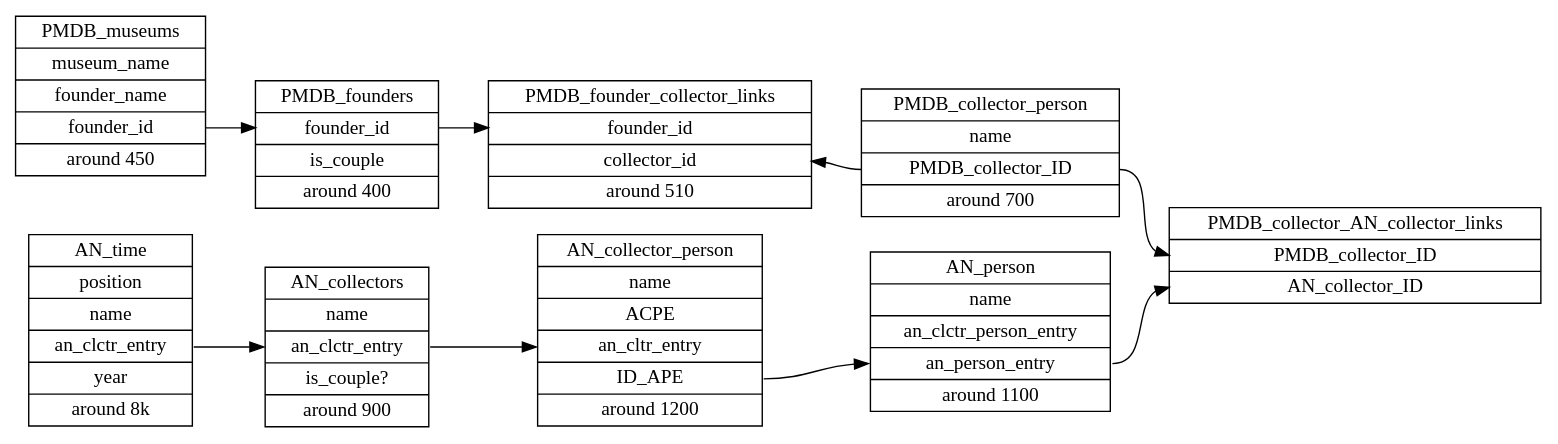
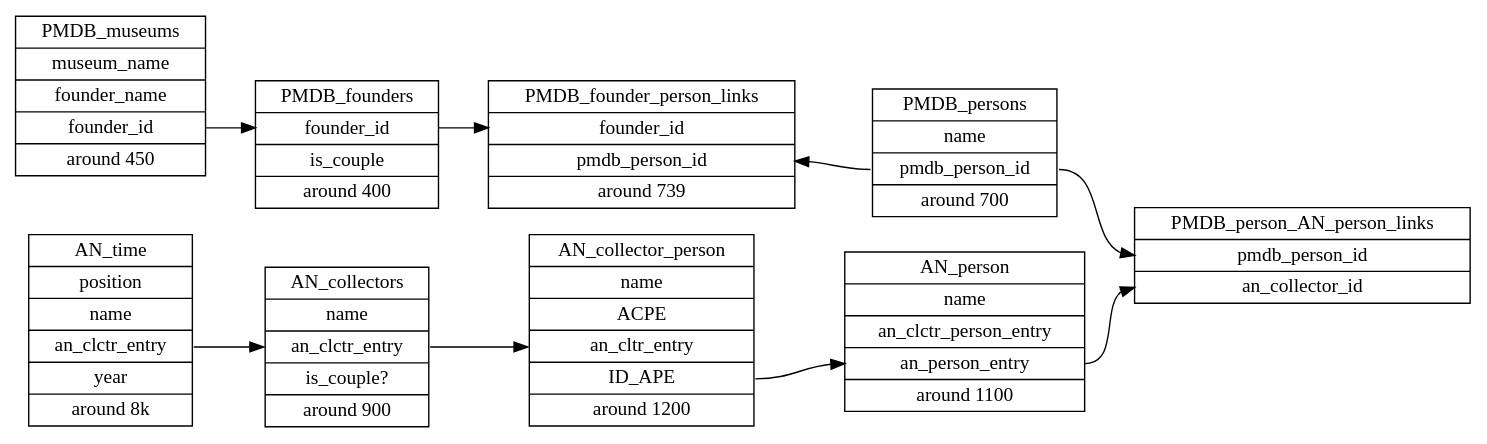
One commit to swhalemwo/pmdata changed the third of 3 diagrams in doc/doc_pmdata.org. Above: the diagram before and after it, drawn with Graphviz. The commit also changed other lines of this file and 3 other files, not shown here.

Commit message:
add gd_pmdb_person, update flowchart names/labels

```diff
--- a/doc/doc_pmdata.org
+++ b/doc/doc_pmdata.org
@@ -115,69 +135,69 @@
 #+begin_src dot :file artnews_data_structure.png
 digraph D {
   rankdir = "LR"
   node[shape = "record"]
 
   AN_time [
 	   label = "<f0> AN_time | <f1> position | <name> name | <ID_ACE> an_clctr_entry | year |  around 8k"
 	   ];
 
 
   AN_collectors [
 	   label = "<f0> AN_collectors| <name> name | <ID> an_clctr_entry | is_couple? | around 900"
 	   ];
 
   // like AN_collectors, but with couples split up
   AN_collector_persons [
 	label = "AN_collector_person | name | <ID_ACPE> ACPE | <ID_ACE> an_cltr_entry | <ID_APE> ID_APE
 	| around 1200"];
 
   
   // persons are now unique: in AN_collector_persons, the same person can be part of different collectors
   // e.g. once on her own, once as part of couple
   AN_person [
 	   label = "<f0> AN_person | <f1> name | <ID_ACPE> an_clctr_person_entry | <ID_person> an_person_entry |
 	   around 1100"
 	   ];
 
   PMDB_museums [
 		label = "<f1> PMDB_museums |  museum_name | <founder_name> founder_name | <founder_id> founder_id
 		| around 450"
 		];
 
   PMDB_founders [
 		 label = "PMDB_founders | <founder_id> founder_id | is_couple | around 400"]
 
 
-  PMDB_collectors [
-		   label = "PMDB_collector_person | name | <ID>PMDB_collector_ID | around 700 "
+  PMDB_persons [
+		   label = "PMDB_persons | name | <pmdb_person_id>pmdb_person_id | around 700 "
 		   ]
 
   // this table is necessary because of couples and multiple founders, i think?
   // if there were no couples, i could link collector person via name?
   // if there were no repeat founders, collector-person would be longer?
   // idk why, but just feels more linkable
-  PMDB_founder_collector_links [
-				label = "PMDB_founder_collector_links | <founder_id> founder_id |
-				<collector_id> collector_id | around 510"]
+  PMDB_founder_person_links [
+				label = "PMDB_founder_person_links | <founder_id> founder_id |
+				<pmdb_person_id> pmdb_person_id | around 739"]
   
   // this is what has to be manually created, maybe I can use my MOW framework
   // this is what Luisa did 
-  PMDB_collector_AN_collector_links[
-				    label = "PMDB_collector_AN_collector_links |
-				    <PMDB_collector> PMDB_collector_ID |
-				    <AN_collector> AN_collector_ID"]
+  PMDB_person_AN_person_links[
+				    label = "PMDB_person_AN_person_links |
+				    <pmdb_person_id> pmdb_person_id |
+				    <an_collector_id> an_collector_id"]
 
   AN_time:ID_ACE -> AN_collectors:ID
   // AN_collectors:ID -> AN_person:ID_clctr [dir=back]
   AN_collectors:ID -> AN_collector_persons:ID_ACE
   AN_collector_persons:ID_APE -> AN_person:ID_person
   
   PMDB_museums:founder_id -> PMDB_founders:founder_id
-  PMDB_founders:founder_id -> PMDB_founder_collector_links:founder_id
-  PMDB_founder_collector_links:collector_id -> PMDB_collectors:ID [dir=back]
+  PMDB_founders:founder_id -> PMDB_founder_person_links:founder_id
+  PMDB_founder_person_links:pmdb_person_id -> PMDB_persons:pmdb_person_id [dir=back]
 
-  PMDB_collectors:ID -> PMDB_collector_AN_collector_links:PMDB_collector
-  AN_person:ID_person -> PMDB_collector_AN_collector_links:AN_collector
+  PMDB_persons:pmdb_person_id -> PMDB_person_AN_person_links:pmdb_person_id
+  AN_person:ID_person -> PMDB_person_AN_person_links:an_collector_id
   
 }
 #+end_src
```
